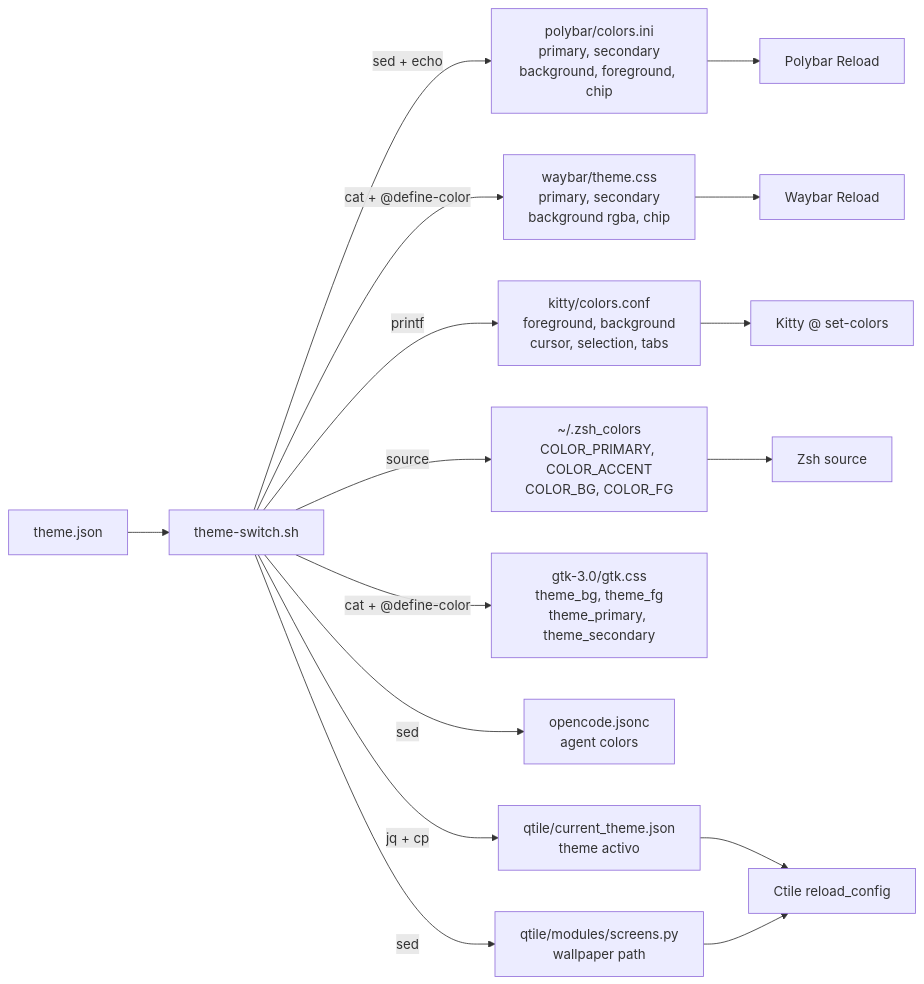
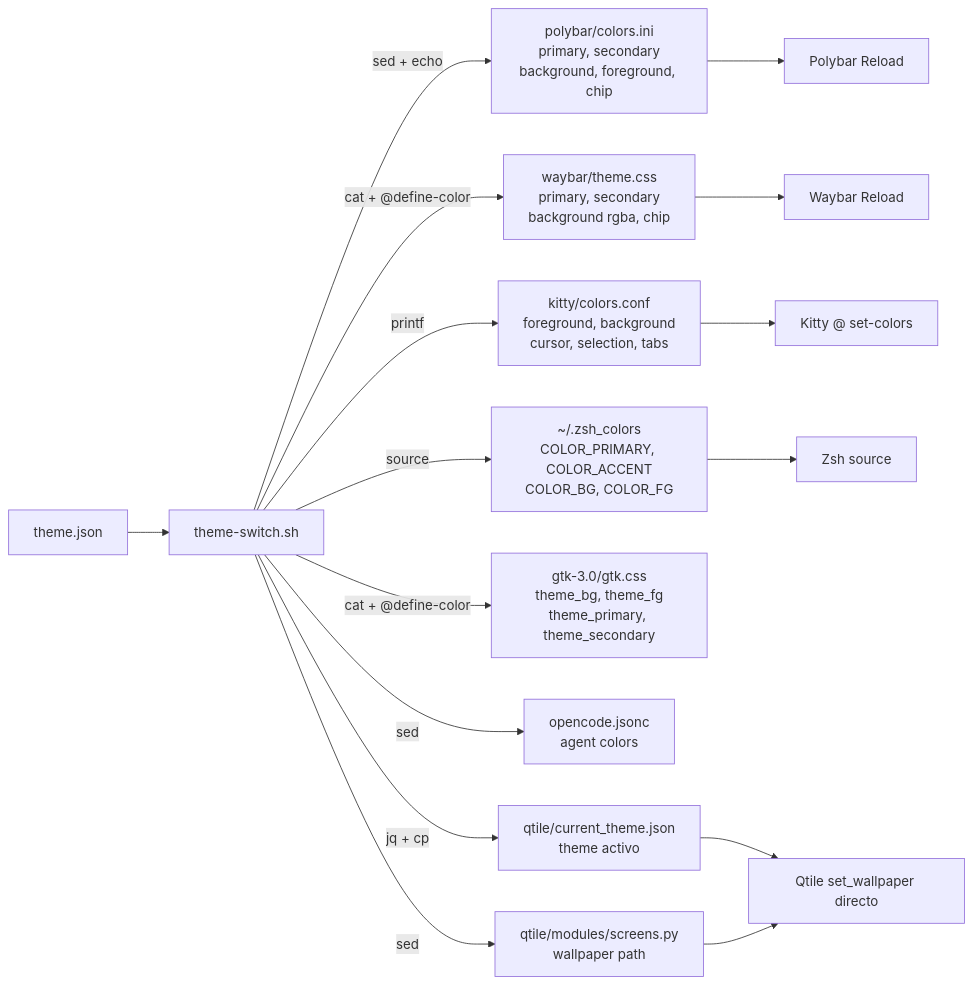
One commit to D4rkDr4gon/dotfiles changed the second of 2 diagrams in docs/overview.md. Above: the diagram before and after it, drawn with Mermaid. The commit also changed 10 other files, not shown here.

````diff
--- a/docs/overview.md
+++ b/docs/overview.md
@@ -126,20 +126,20 @@
 ```mermaid
 graph LR
     TJ[theme.json] --> TS[theme-switch.sh]
 
     TS -->|sed + echo| PC[polybar/colors.ini<br/>primary, secondary<br/>background, foreground, chip]
     TS -->|cat + @define-color| WC[waybar/theme.css<br/>primary, secondary<br/>background rgba, chip]
     TS -->|printf| KC[kitty/colors.conf<br/>foreground, background<br/>cursor, selection, tabs]
     TS -->|source| ZC[~/.zsh_colors<br/>COLOR_PRIMARY, COLOR_ACCENT<br/>COLOR_BG, COLOR_FG]
     TS -->|cat + @define-color| GC[gtk-3.0/gtk.css<br/>theme_bg, theme_fg<br/>theme_primary, theme_secondary]
     TS -->|sed| OC[opencode.jsonc<br/>agent colors]
     TS -->|jq + cp| QT[qtile/current_theme.json<br/>theme activo]
     TS -->|sed| SC[qtile/modules/screens.py<br/>wallpaper path]
 
     PC --> PR[Polybar Reload]
     WC --> WR[Waybar Reload]
     KC --> KR[Kitty @ set-colors]
     ZC --> ZR[Zsh source]
-    QT --> QR[Ctile reload_config]
-    SC --> QR
+    QT --> QS[Qtile set_wallpaper directo]
+    SC --> QS
 ```
````
